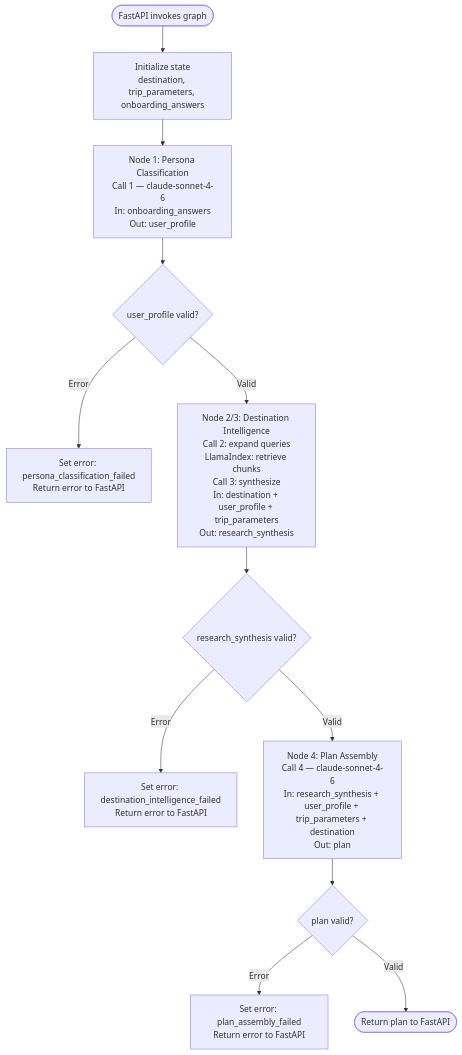
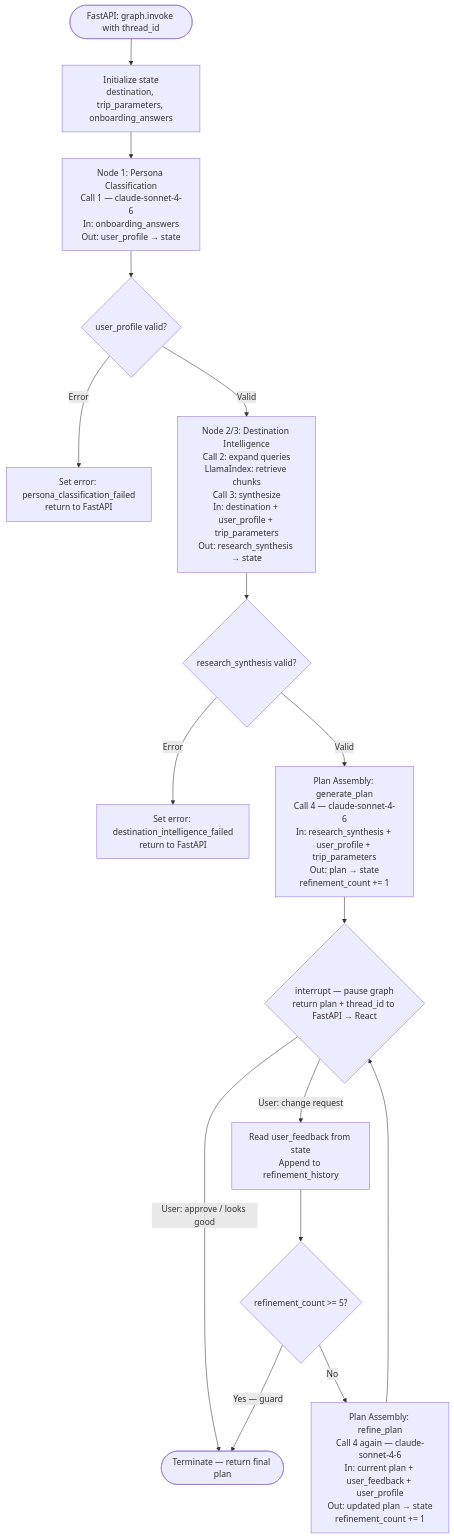
One commit to anirbanpx/tripsathi changed the first of 2 diagrams in Agent/specs/architecture_spec.md. Above: the diagram before and after it, drawn with Mermaid. The commit also changed other lines of this file, not shown here.

Commit message:
Add HITL refinement loop to Sprint 2 architecture: Plan Assembly promoted to agent loop with LangGraph interrupt, MemorySaver, thread_id, and /api/refine endpoint

````diff
--- a/Agent/specs/architecture_spec.md
+++ b/Agent/specs/architecture_spec.md
@@ -355,18 +355,25 @@
 ```mermaid
 flowchart TD
-    Start([FastAPI invokes graph]) --> Init[Initialize state\ndestination, trip_parameters, onboarding_answers]
+    Start([FastAPI: graph.invoke with thread_id]) --> Init[Initialize state\ndestination, trip_parameters, onboarding_answers]
 
-    Init --> Node1[Node 1: Persona Classification\nCall 1 — claude-sonnet-4-6\nIn: onboarding_answers\nOut: user_profile]
+    Init --> Node1[Node 1: Persona Classification\nCall 1 — claude-sonnet-4-6\nIn: onboarding_answers\nOut: user_profile → state]
 
     Node1 --> Check1{user_profile valid?}
-    Check1 -->|Error| Err1[Set error: persona_classification_failed\nReturn error to FastAPI]
-    Check1 -->|Valid| Node2[Node 2/3: Destination Intelligence\nCall 2: expand queries\nLlamaIndex: retrieve chunks\nCall 3: synthesize\nIn: destination + user_profile + trip_parameters\nOut: research_synthesis]
+    Check1 -->|Error| Err1[Set error: persona_classification_failed\nreturn to FastAPI]
+    Check1 -->|Valid| Node23[Node 2/3: Destination Intelligence\nCall 2: expand queries\nLlamaIndex: retrieve chunks\nCall 3: synthesize\nIn: destination + user_profile + trip_parameters\nOut: research_synthesis → state]
 
-    Node2 --> Check2{research_synthesis valid?}
-    Check2 -->|Error| Err2[Set error: destination_intelligence_failed\nReturn error to FastAPI]
-    Check2 -->|Valid| Node3[Node 4: Plan Assembly\nCall 4 — claude-sonnet-4-6\nIn: research_synthesis + user_profile + trip_parameters + destination\nOut: plan]
+    Node23 --> Check2{research_synthesis valid?}
+    Check2 -->|Error| Err2[Set error: destination_intelligence_failed\nreturn to FastAPI]
+    Check2 -->|Valid| GenPlan[Plan Assembly: generate_plan\nCall 4 — claude-sonnet-4-6\nIn: research_synthesis + user_profile + trip_parameters\nOut: plan → state\nrefinement_count += 1]
 
-    Node3 --> Check3{plan valid?}
-    Check3 -->|Error| Err3[Set error: plan_assembly_failed\nReturn error to FastAPI]
-    Check3 -->|Valid| Done([Return plan to FastAPI])
+    GenPlan --> Interrupt{interrupt — pause graph\nreturn plan + thread_id to FastAPI → React}
+
+    Interrupt -->|User: approve / looks good| Done([Terminate — return final plan])
+    Interrupt -->|User: change request| ReadFeedback[Read user_feedback from state\nAppend to refinement_history]
+
+    ReadFeedback --> MaxCheck{refinement_count >= 5?}
+    MaxCheck -->|Yes — guard| Done
+    MaxCheck -->|No| Refine[Plan Assembly: refine_plan\nCall 4 again — claude-sonnet-4-6\nIn: current plan + user_feedback + user_profile\nOut: updated plan → state\nrefinement_count += 1]
+
+    Refine --> Interrupt
 ```
````
